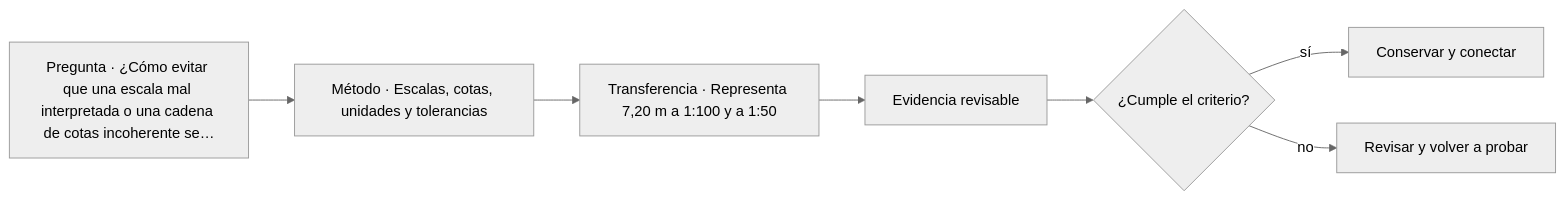
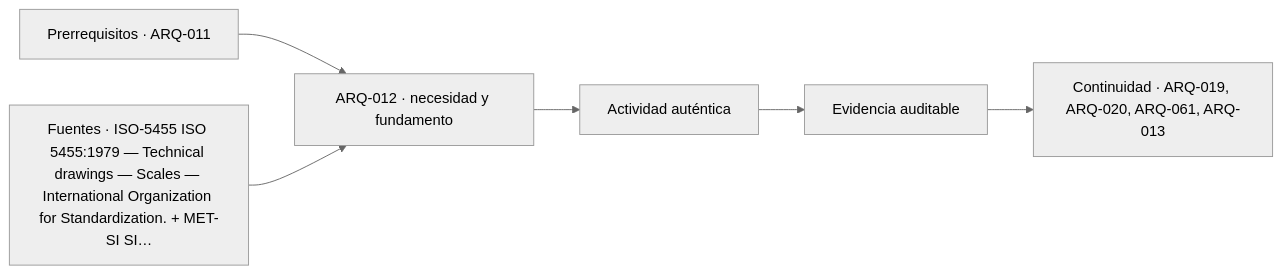
Before and after one commit to vladimiracunadev-create/architecture-built-environment-learning-program: the diagram in classes/parte-02/ARQ-012.md, drawn with Mermaid (neutral theme). The commit also changed other lines of this file and 761 other files, not shown here.

````diff
--- a/classes/parte-02/ARQ-012.md
+++ b/classes/parte-02/ARQ-012.md
@@ -81,9 +93,8 @@
 ```mermaid
 flowchart LR
-    Q["Pregunta · ¿Cómo evitar que una escala mal interpretada o una cadena de cotas incoherente se…"] --> M["Método · Escalas, cotas, unidades y tolerancias"]
-    M --> P["Transferencia · Representa 7,20 m a 1:100 y a 1:50"]
-    P --> E["Evidencia revisable"]
-    E --> C{"¿Cumple el criterio?"}
-    C -->|sí| T["Conservar y conectar"]
-    C -->|no| R["Revisar y volver a probar"]
+    A["Prerrequisitos · ARQ-011"] --> B["ARQ-012 · necesidad y fundamento"]
+    S["Fuentes · ISO-5455 ISO 5455:1979 — Technical drawings — Scales — International Organization for Standardization. + MET-SI SI…"] --> B
+    B --> C["Actividad auténtica"]
+    C --> D["Evidencia auditable"]
+    D --> E["Continuidad · ARQ-019, ARQ-020, ARQ-061, ARQ-013"]
 ```
````
